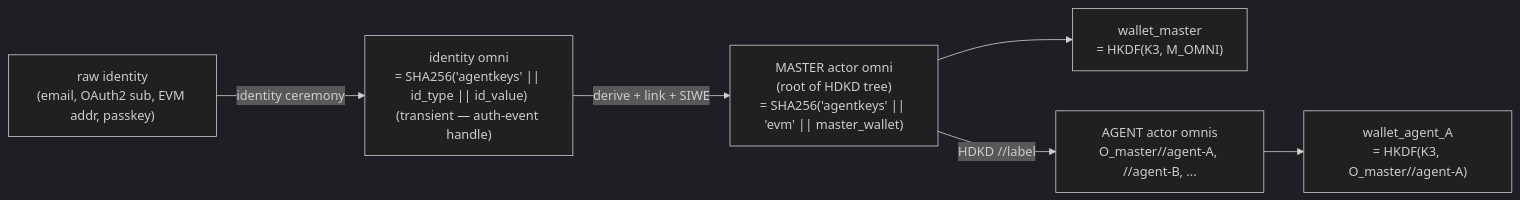
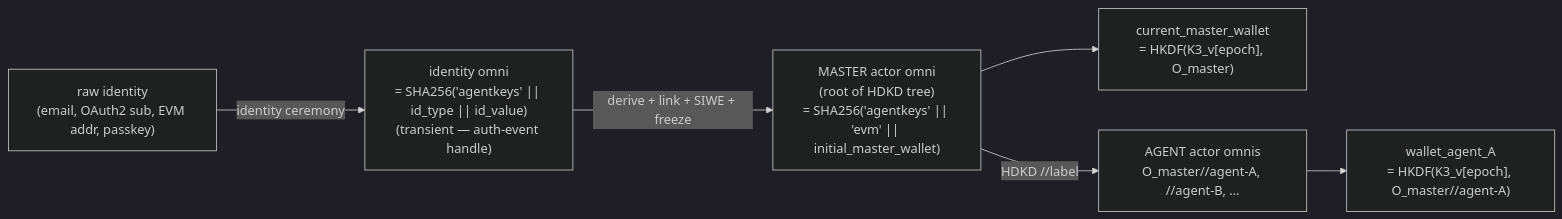
One commit to litentry/agent-terrier changed the third of 6 diagrams in docs/spec/architecture.md. Above: the diagram before and after it, drawn with Mermaid (dark theme). The commit also changed other lines of this file and 61 other files, not shown here.

````diff
--- a/docs/spec/architecture.md
+++ b/docs/spec/architecture.md
@@ -212,15 +264,15 @@
 ```mermaid
 flowchart LR
   ID["raw identity<br/>(email, OAuth2 sub, EVM addr, passkey)"]
   ID_OMNI["identity omni<br/>= SHA256('agentkeys' || id_type || id_value)<br/>(transient — auth-event handle)"]
-  M_OMNI["MASTER actor omni<br/>(root of HDKD tree)<br/>= SHA256('agentkeys' || 'evm' || master_wallet)"]
-  M_WALLET["wallet_master<br/>= HKDF(K3, M_OMNI)"]
+  M_OMNI["MASTER actor omni<br/>(root of HDKD tree)<br/>= SHA256('agentkeys' || 'evm' || initial_master_wallet)"]
+  M_WALLET["current_master_wallet<br/>= HKDF(K3_v[epoch], O_master)"]
   A_OMNI["AGENT actor omnis<br/>O_master//agent-A, //agent-B, ..."]
-  A_WALLET["wallet_agent_A<br/>= HKDF(K3, O_master//agent-A)"]
+  A_WALLET["wallet_agent_A<br/>= HKDF(K3_v[epoch], O_master//agent-A)"]
 
-  ID -->|"identity ceremony"| ID_OMNI
-  ID_OMNI -->|"derive + link + SIWE"| M_OMNI
+  ID -->|identity ceremony| ID_OMNI
+  ID_OMNI -->|derive + link + SIWE + freeze| M_OMNI
   M_OMNI --> M_WALLET
-  M_OMNI -->|"HDKD //label"| A_OMNI
+  M_OMNI -->|HDKD //label| A_OMNI
   A_OMNI --> A_WALLET
 ```
````
